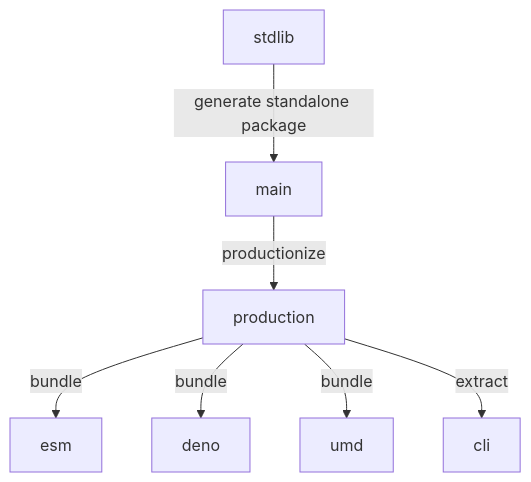
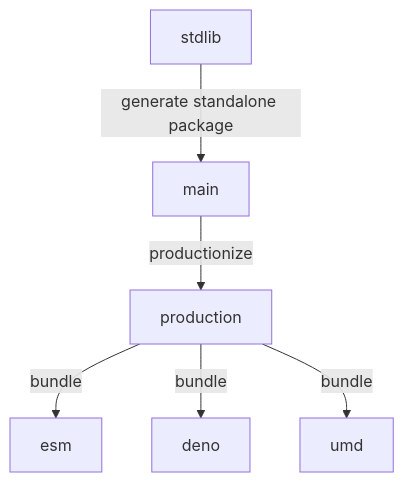
Before and after one commit to stdlib-js/repl: the diagram in branches.md, drawn with Mermaid. The commit also changed other lines of this file and 4 other files, not shown here.

````diff
--- a/branches.md
+++ b/branches.md
@@ -34,17 +33,15 @@
 ```mermaid
 graph TD;
 A[stdlib]-->|generate standalone package|B;
 B[main] -->|productionize| C[production];
 C -->|bundle| D[esm];
 C -->|bundle| E[deno];
 C -->|bundle| F[umd];
-C -->|extract| G[cli];
 
 %% click A href "https://github.com/stdlib-js/stdlib/tree/develop/lib/node_modules/%40stdlib/repl"
 %% click B href "https://github.com/stdlib-js/repl/tree/main"
 %% click C href "https://github.com/stdlib-js/repl/tree/production"
 %% click D href "https://github.com/stdlib-js/repl/tree/esm"
 %% click E href "https://github.com/stdlib-js/repl/tree/deno"
 %% click F href "https://github.com/stdlib-js/repl/tree/umd"
-%% click G href "https://github.com/stdlib-js/repl/tree/cli"
 ```
````
